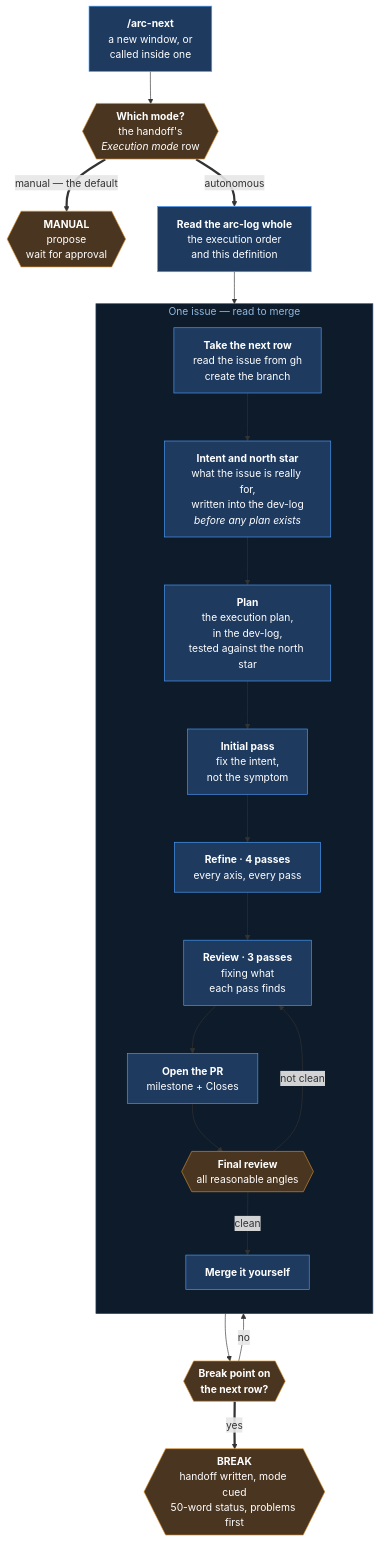
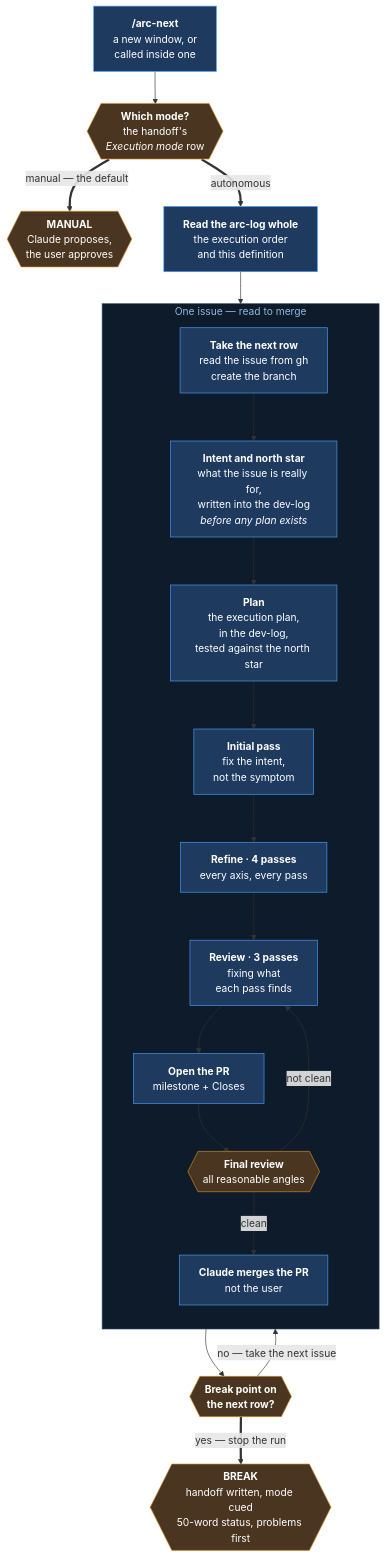
Before and after one commit to Calyx-Engineering/arc: the fourth of 4 diagrams in docs/arc-log/arc-03-camp.md, drawn with Mermaid. The commit also changed other lines of this file, not shown here.

Commit message:
docs: name Claude as the actor instead of "yourself"
§9.1 already uses "you" for the user and "I" for Claude, so "merge it
yourself" in §6.1 read as an instruction to the user — the opposite of what
it means. Autonomous mode's whole point is that no human touches the merge.

- The merge node and step 10 say "Claude merges the PR — not the user"
- The manual branch says "Claude proposes, the user approves"
- "the section you think you need" became "the section that looks relevant"

````diff
--- a/docs/arc-log/arc-03-camp.md
+++ b/docs/arc-log/arc-03-camp.md
@@ -219,27 +219,27 @@
 ```mermaid
 flowchart TB
     START["<b>/arc-next</b><br/>a new window, or<br/>called inside one"] --> MODE{{"<b>Which mode?</b><br/>the handoff's<br/><i>Execution mode</i> row"}}
-    MODE ==>|"manual — the default"| MAN{{"<b>MANUAL</b><br/>propose<br/>wait for approval"}}
+    MODE ==>|"manual — the default"| MAN{{"<b>MANUAL</b><br/>Claude proposes,<br/>the user approves"}}
     MODE ==>|"autonomous"| READ["<b>Read the arc-log whole</b><br/>the execution order<br/>and this definition"]
     subgraph L[" One issue — read to merge "]
         direction TB
         ISSUE["<b>Take the next row</b><br/>read the issue from gh<br/>create the branch"] --> INTENT["<b>Intent and north star</b><br/>what the issue is really for,<br/>written into the dev-log<br/><i>before any plan exists</i>"]
         INTENT --> PLAN["<b>Plan</b><br/>the execution plan,<br/>in the dev-log,<br/>tested against the north star"]
         PLAN --> IMPL["<b>Initial pass</b><br/>fix the intent,<br/>not the symptom"]
         IMPL --> REF["<b>Refine · 4 passes</b><br/>every axis, every pass"]
         REF --> REV["<b>Review · 3 passes</b><br/>fixing what<br/>each pass finds"]
         REV --> PR["<b>Open the PR</b><br/>milestone + Closes"]
         PR --> FIN{{"<b>Final review</b><br/>all reasonable angles"}}
         FIN -->|"not clean"| REV
-        FIN -->|"clean"| MERGE["<b>Merge it yourself</b>"]
+        FIN -->|"clean"| MERGE["<b>Claude merges the PR</b><br/>not the user"]
     end
     READ --> ISSUE
     MERGE --> NEXT{{"<b>Break point on<br/>the next row?</b>"}}
-    NEXT -->|"no"| ISSUE
-    NEXT ==>|"yes"| BRK{{"<b>BREAK</b><br/>handoff written, mode cued<br/>50-word status, problems first"}}
+    NEXT -->|"no — take the next issue"| ISSUE
+    NEXT ==>|"yes — stop the run"| BRK{{"<b>BREAK</b><br/>handoff written, mode cued<br/>50-word status, problems first"}}
     classDef n fill:#1e3a5f,stroke:#4a9eff,color:#fff
     classDef s fill:#4a3520,stroke:#d98f2b,color:#fff
     class START,READ,ISSUE,INTENT,PLAN,IMPL,REF,REV,PR,MERGE n
     class MODE,MAN,FIN,NEXT,BRK s
     style L fill:#0d1b2a,stroke:#2c4a6b,color:#8fb8e0
 ```
````
